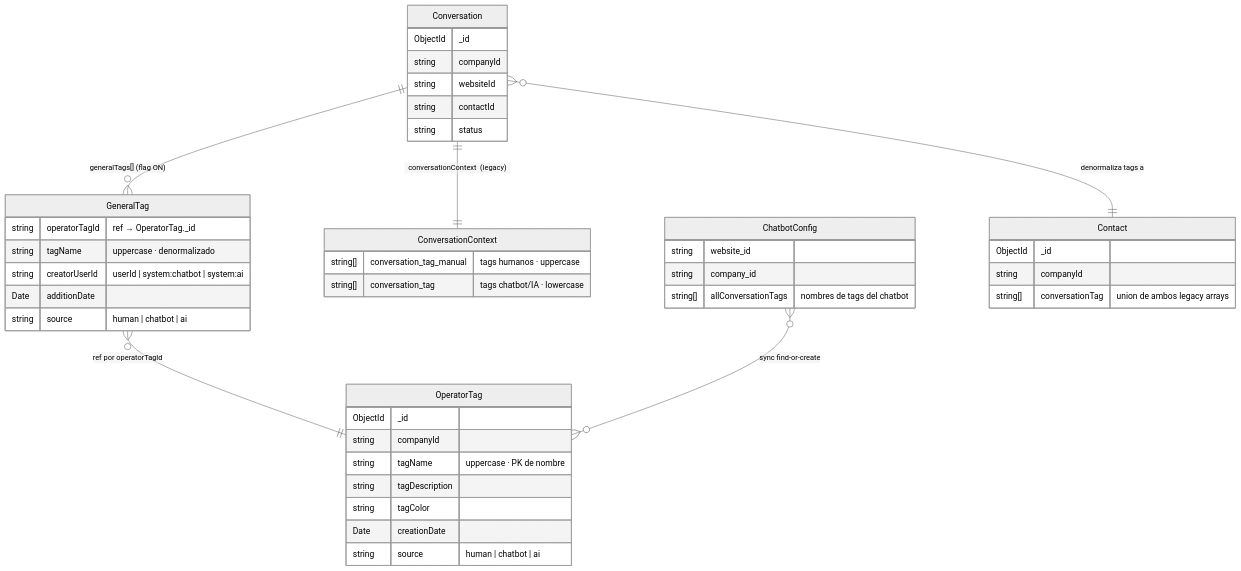
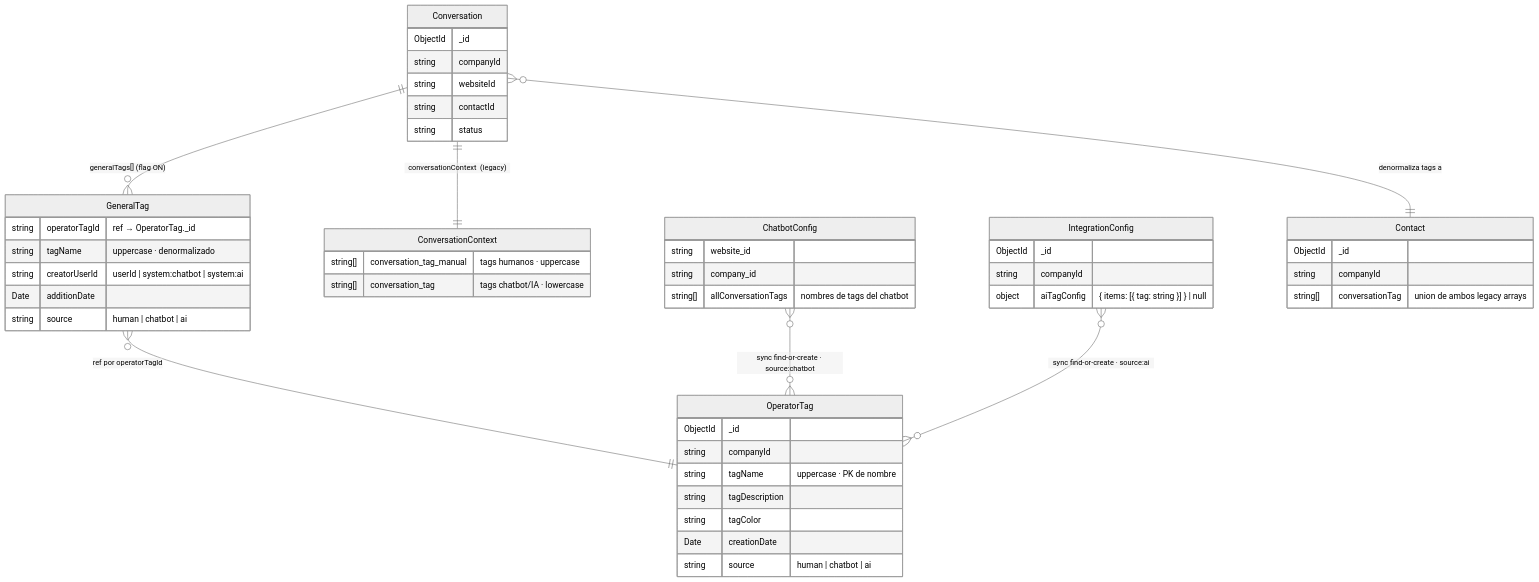
Before and after one commit to JandreColoj/ProyectJSP_Farmacia: the first of 3 diagrams in README.md, drawn with Mermaid (neutral theme).

````diff
--- a/README.md
+++ b/README.md
@@ -10,52 +10,59 @@
 ```mermaid
 erDiagram
 
   OperatorTag {
     ObjectId  _id
     string    companyId
     string    tagName        "uppercase · PK de nombre"
     string    tagDescription
     string    tagColor
     Date      creationDate
     string    source         "human | chatbot | ai"
   }
 
   Conversation {
     ObjectId  _id
     string    companyId
     string    websiteId
     string    contactId
     string    status
   }
 
   GeneralTag {
     string  operatorTagId  "ref → OperatorTag._id"
     string  tagName        "uppercase · denormalizado"
     string  creatorUserId  "userId | system:chatbot | system:ai"
     Date    additionDate
     string  source         "human | chatbot | ai"
   }
 
   ConversationContext {
     string[]  conversation_tag_manual  "tags humanos · uppercase"
     string[]  conversation_tag         "tags chatbot/IA · lowercase"
   }
 
   ChatbotConfig {
     string    website_id
     string    company_id
     string[]  allConversationTags  "nombres de tags del chatbot"
   }
 
+  IntegrationConfig {
+    ObjectId  _id
+    string    companyId
+    object    aiTagConfig          "{ items: [{ tag: string }] } | null"
+  }
+
   Contact {
     ObjectId  _id
     string    companyId
     string[]  conversationTag  "union de ambos legacy arrays"
   }
 
-  Conversation    ||--o{  GeneralTag         : "generalTags[]  (flag ON)"
-  Conversation    ||--||  ConversationContext : "conversationContext  (legacy)"
-  GeneralTag      }o--||  OperatorTag        : "ref por operatorTagId"
-  ChatbotConfig   }o--o{  OperatorTag        : "sync find-or-create"
-  Conversation    }o--||  Contact            : "denormaliza tags a"
+  Conversation       ||--o{  GeneralTag          : "generalTags[]  (flag ON)"
+  Conversation       ||--||  ConversationContext  : "conversationContext  (legacy)"
+  GeneralTag         }o--||  OperatorTag          : "ref por operatorTagId"
+  ChatbotConfig      }o--o{  OperatorTag          : "sync find-or-create · source:chatbot"
+  IntegrationConfig  }o--o{  OperatorTag          : "sync find-or-create · source:ai"
+  Conversation       }o--||  Contact              : "denormaliza tags a"
 ```
````
